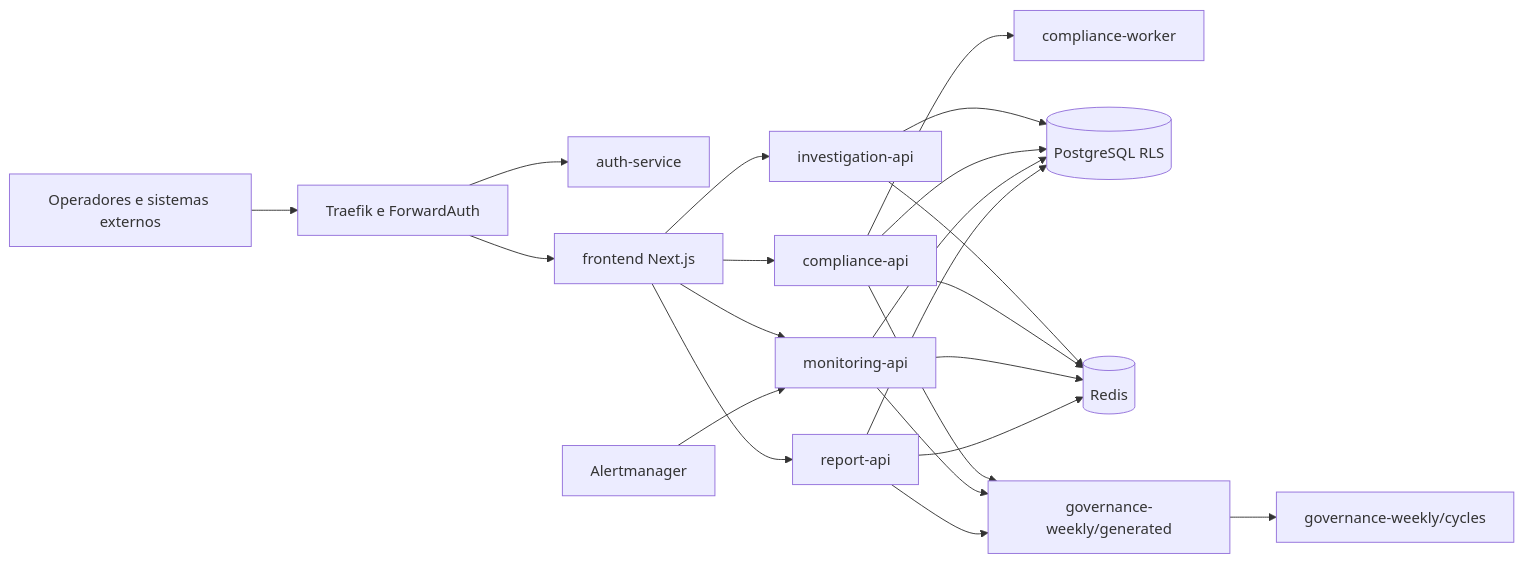
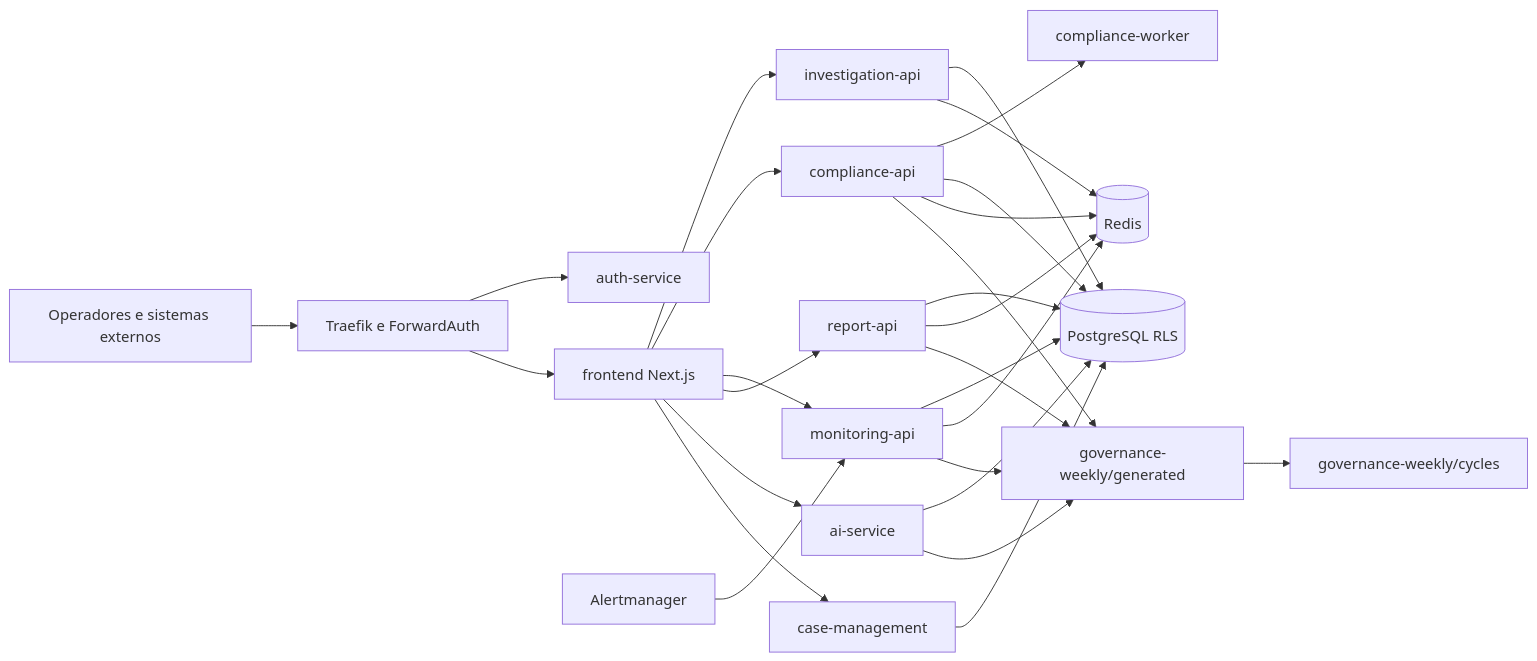
The diagram in ontrackchain/docs/architecture.md (Jistriane/Ontrackchain), drawn with Mermaid before and after one commit. The commit also changed other lines of this file and 19 other files, not shown here.

First line of the commit message:
feat: AI Service e Case Management completos - baseline 100%

````diff
--- a/ontrackchain/docs/architecture.md
+++ b/ontrackchain/docs/architecture.md
@@ -9,27 +9,32 @@
 ```mermaid
 flowchart LR
     U[Operadores e sistemas externos] --> T[Traefik e ForwardAuth]
     T --> A[auth-service]
     T --> F[frontend Next.js]
     F --> I[investigation-api]
     F --> C[compliance-api]
     F --> M[monitoring-api]
     F --> R[report-api]
+    F --> AI[ai-service]
+    F --> CM[case-management]
     C --> CW[compliance-worker]
     AM[Alertmanager] --> M
 
     I --> P[(PostgreSQL RLS)]
     C --> P
     M --> P
     R --> P
+    AI --> P
+    CM --> P
 
     I --> X[(Redis)]
     C --> X
     M --> X
     R --> X
 
     C --> G[governance-weekly/generated]
     M --> G
     R --> G
+    AI --> G
     G --> CY[governance-weekly/cycles]
 ```
````
